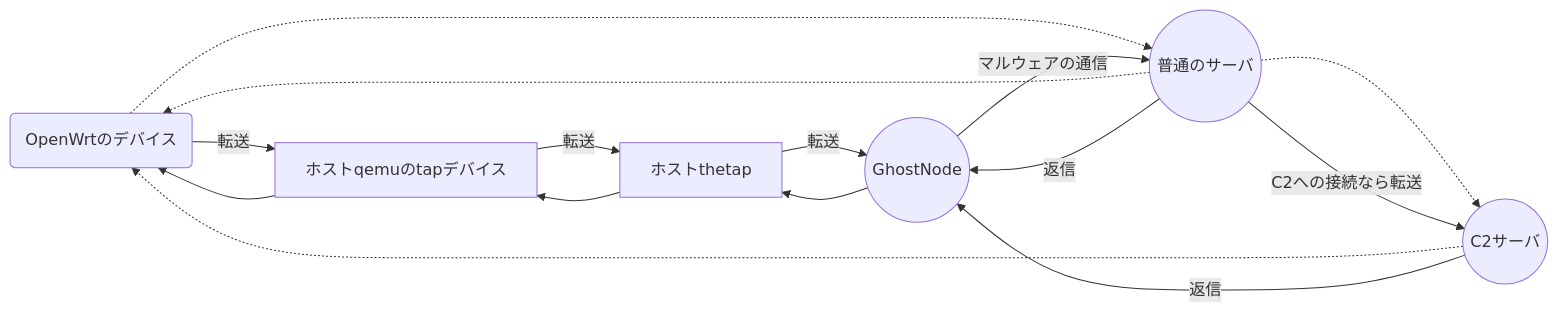
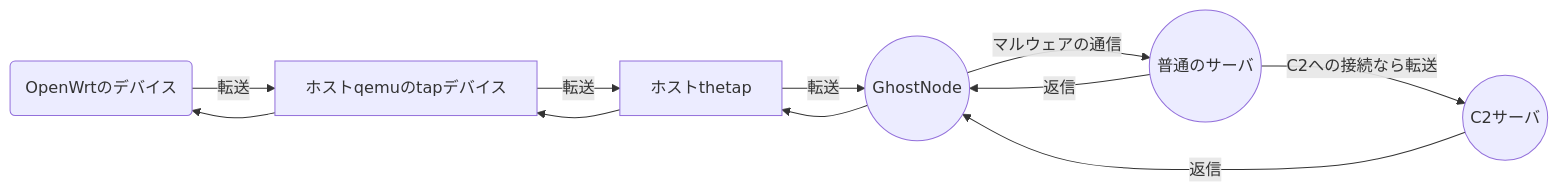
The first of 2 diagrams in README.md (furubese/NS3C2M), drawn with Mermaid before and after one commit. The commit also changed other lines of this file, not shown here.

````diff
--- a/README.md
+++ b/README.md
@@ -4,17 +4,13 @@
 ```mermaid
 graph LR
     ID10(OpenWrtのデバイス) -- 転送 --> ID11
     ID11[ホストqemuのtapデバイス] -- 転送 --> ID12
     ID12[ホストthetap] -- 転送 --> ID1
-    ID10 -.-> ID2
-    ID2 -.-> ID10
-    ID3 -.-> ID10
-    ID2 -.-> ID3
     ID1 --> ID12
     ID12 --> ID11
     ID11 --> ID10
     ID1((GhostNode)) -- マルウェアの通信 --> ID2((普通のサーバ))
     ID2 -- C2への接続なら転送 --> ID3((C2サーバ))
     ID2 -- 返信 --> ID1
     ID3 -- 返信 --> ID1
 ```
````
